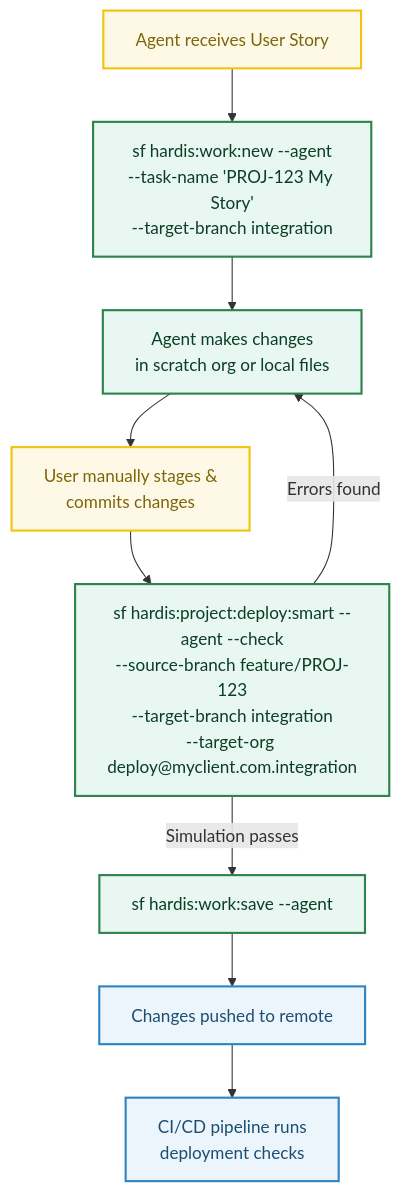
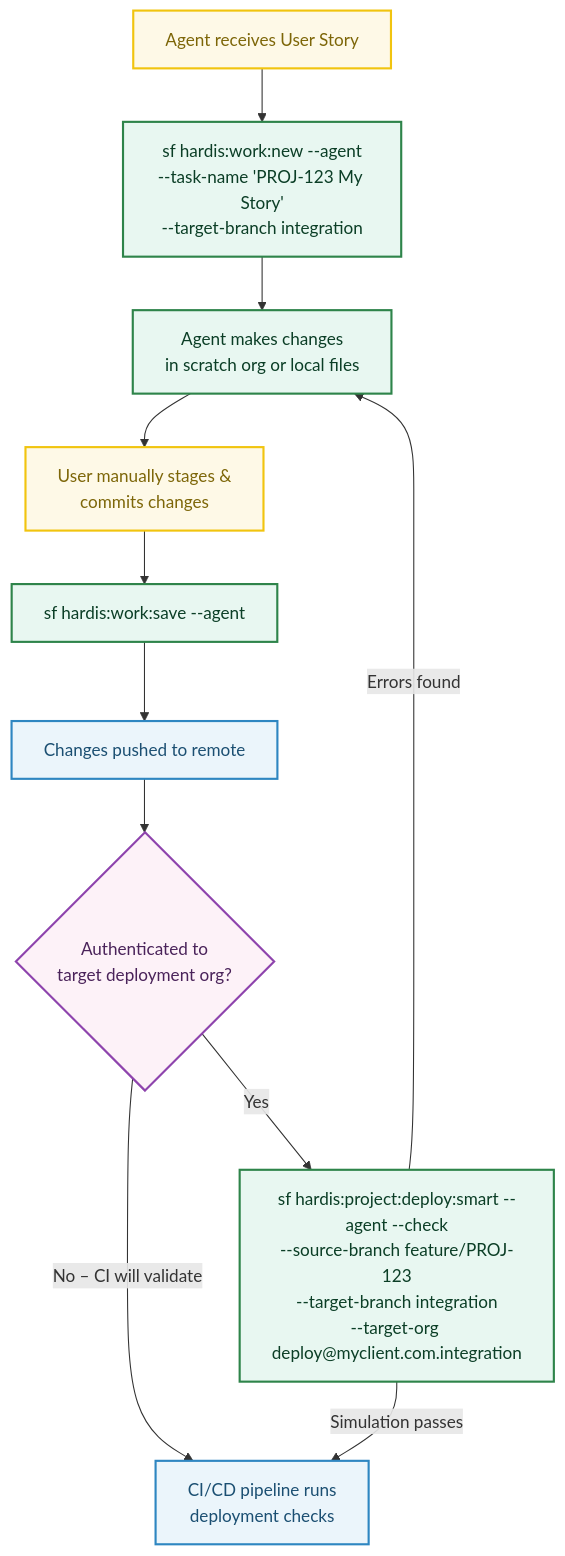
One commit to hardisgroupcom/sfdx-hardis changed the diagram in docs/salesforce-ci-cd-agent-skills.md. Above: the diagram before and after it, drawn with Mermaid. The commit also changed other lines of this file and 1 other file, not shown here.

Commit message:
fix: Update default value for runOnlyOnceByOrg parameter to true in JSON schema

````diff
--- a/docs/salesforce-ci-cd-agent-skills.md
+++ b/docs/salesforce-ci-cd-agent-skills.md
@@ -198,19 +198,23 @@
 ```mermaid
 graph TD
   A[Agent receives User Story] --> B["sf hardis:work:new --agent<br/>--task-name 'PROJ-123 My Story'<br/>--target-branch integration"]
   B --> C["Agent makes changes<br/>in scratch org or local files"]
   C --> D["User manually stages &<br/>commits changes"]
-  D --> E["sf hardis:project:deploy:smart --agent --check<br/>--source-branch feature/PROJ-123<br/>--target-branch integration<br/>--target-org deploy@myclient.com.integration"]
-  E -->|Simulation passes| F["sf hardis:work:save --agent"]
-  E -->|Errors found| C
-  F --> G[Changes pushed to remote]
-  G --> H["CI/CD pipeline runs<br/>deployment checks"]
+  D --> E["sf hardis:work:save --agent"]
+  E --> F[Changes pushed to remote]
+  F --> G{Authenticated to<br/>target deployment org?}
+  G -->|Yes| H["sf hardis:project:deploy:smart --agent --check<br/>--source-branch feature/PROJ-123<br/>--target-branch integration<br/>--target-org deploy@myclient.com.integration"]
+  G -->|No – CI will validate| I["CI/CD pipeline runs<br/>deployment checks"]
+  H -->|Simulation passes| I
+  H -->|Errors found| C
 
   classDef agent fill:#E8F7F1,stroke:#2E844A,stroke-width:2px,color:#0B3E26;
   classDef cicd fill:#EBF5FB,stroke:#2E86C1,stroke-width:2px,color:#1B4F72;
   classDef user fill:#FEF9E7,stroke:#F1C40F,stroke-width:2px,color:#7D6608;
+  classDef decision fill:#FDF2F8,stroke:#8E44AD,stroke-width:2px,color:#4A235A;
 
   class A,D user;
-  class B,C,E,F agent;
-  class G,H cicd;
+  class B,C,E,H agent;
+  class F,I cicd;
+  class G decision;
 ```
````
